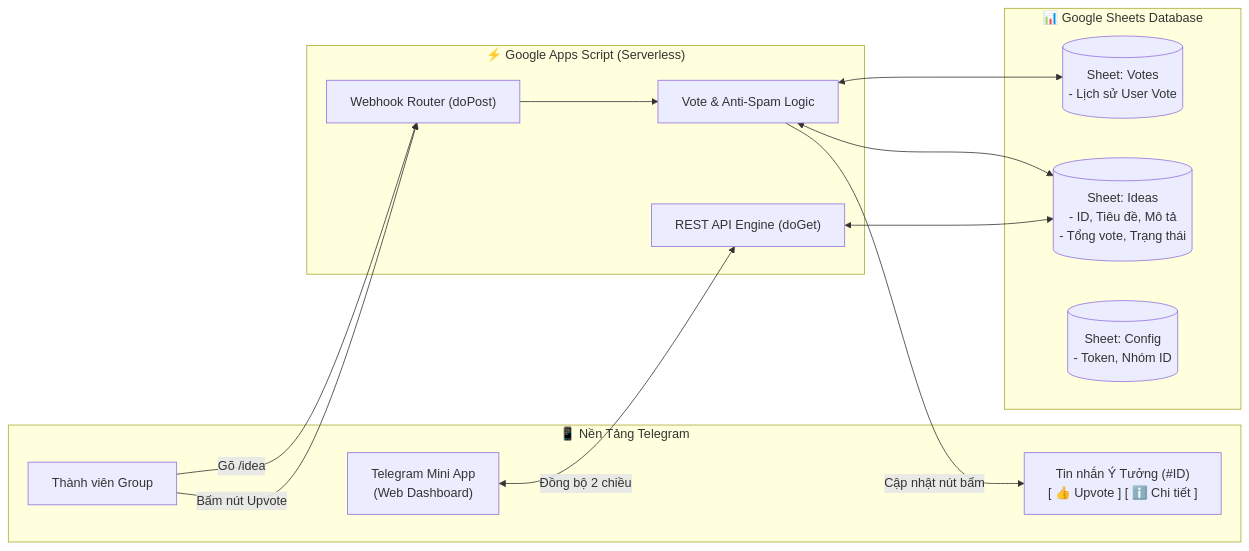
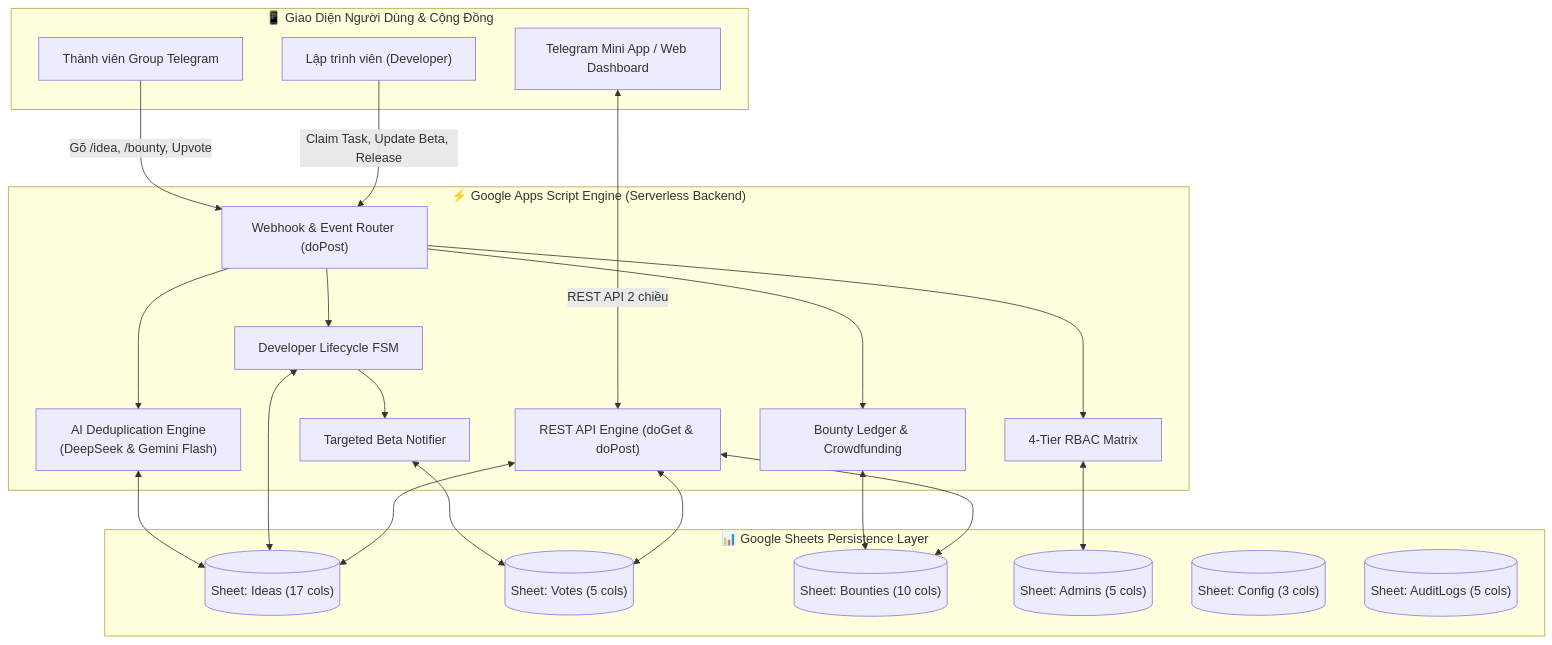
One commit to tinycorn-studio/Tool-Hunt changed the diagram in README.md. Above: the diagram before and after it, drawn with Mermaid. The commit also changed other lines of this file and 91 other files, not shown here.

Commit message:
feat(enterprise): complete ToolHunt Enterprise v3.0 - AI deduplication, dev claiming, beta notifications, tool bounties, 4-tier RBAC

````diff
--- a/README.md
+++ b/README.md
@@ -34,30 +36,46 @@
 ```mermaid
-flowchart LR
-    subgraph Telegram ["📱 Nền Tảng Telegram"]
-        Member["Thành viên Group"]
-        BotMsg["Tin nhắn Ý Tưởng (#ID)<br/>[ 👍 Upvote ] [ ℹ️ Chi tiết ]"]
-        MiniApp["Telegram Mini App<br/>(Web Dashboard)"]
+flowchart TB
+    subgraph Clients ["📱 Giao Diện Người Dùng & Cộng Đồng"]
+        Member["Thành viên Group Telegram"]
+        Dev["Lập trình viên (Developer)"]
+        MiniApp["Telegram Mini App / Web Dashboard"]
     end
 
-    subgraph Backend ["⚡ Google Apps Script (Serverless)"]
-        Webhook["Webhook Router (doPost)"]
-        RestApi["REST API Engine (doGet)"]
-        VoteLogic["Vote & Anti-Spam Logic"]
+    subgraph Backend ["⚡ Google Apps Script Engine (Serverless Backend)"]
+        Router["Webhook & Event Router (doPost)"]
+        RestApi["REST API Engine (doGet & doPost)"]
+        AiEngine["AI Deduplication Engine<br/>(DeepSeek & Gemini Flash)"]
+        FsmLifecycle["Developer Lifecycle FSM"]
+        Notifier["Targeted Beta Notifier"]
+        BountyLedger["Bounty Ledger & Crowdfunding"]
+        RbacEngine["4-Tier RBAC Matrix"]
     end
 
-    subgraph Database ["📊 Google Sheets Database"]
-        SheetIdeas[("Sheet: Ideas<br/>- ID, Tiêu đề, Mô tả<br/>- Tổng vote, Trạng thái")]
-        SheetVotes[("Sheet: Votes<br/>- Lịch sử User Vote")]
-        SheetConfig[("Sheet: Config<br/>- Token, Nhóm ID")]
+    subgraph Database ["📊 Google Sheets Persistence Layer"]
+        SheetIdeas[("Sheet: Ideas (17 cols)")]
+        SheetVotes[("Sheet: Votes (5 cols)")]
+        SheetBounties[("Sheet: Bounties (10 cols)")]
+        SheetAdmins[("Sheet: Admins (5 cols)")]
+        SheetConfig[("Sheet: Config (3 cols)")]
+        SheetAudit[("Sheet: AuditLogs (5 cols)")]
     end
 
-    Member -->|Gõ /idea| Webhook
-    Member -->|Bấm nút Upvote| Webhook
-    Webhook --> VoteLogic
-    VoteLogic <--> SheetVotes
-    VoteLogic <--> SheetIdeas
-    VoteLogic -->|Cập nhật nút bấm| BotMsg
-    
-    MiniApp <-->|Đồng bộ 2 chiều| RestApi
+    Member -->|Gõ /idea, /bounty, Upvote| Router
+    Dev -->|Claim Task, Update Beta, Release| Router
+    MiniApp <-->|REST API 2 chiều| RestApi
+
+    Router --> AiEngine
+    Router --> FsmLifecycle
+    Router --> RbacEngine
+    FsmLifecycle --> Notifier
+    Router --> BountyLedger
+
+    AiEngine <--> SheetIdeas
+    FsmLifecycle <--> SheetIdeas
+    Notifier <--> SheetVotes
+    BountyLedger <--> SheetBounties
+    RbacEngine <--> SheetAdmins
     RestApi <--> SheetIdeas
+    RestApi <--> SheetVotes
+    RestApi <--> SheetBounties
 ```
````
